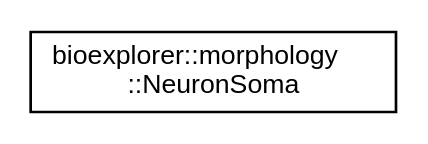
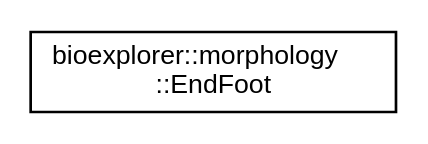
The diagram in docs/inherit_graph_82.dot (BlueBrain/BioExplorer), drawn with Graphviz before and after one commit. The commit also changed 377 other files, not shown here.

```diff
--- a/docs/inherit_graph_82.dot
+++ b/docs/inherit_graph_82.dot
@@ -1,8 +1,8 @@
 digraph "Graphical Class Hierarchy"
 {
  // LATEX_PDF_SIZE
   edge [fontname="Helvetica",fontsize="10",labelfontname="Helvetica",labelfontsize="10"];
   node [fontname="Helvetica",fontsize="10",shape=record];
   rankdir="LR";
-  Node0 [label="bioexplorer::morphology\l::NeuronSoma",height=0.2,width=0.4,color="black", fillcolor="white", style="filled",URL="$d9/d24/structbioexplorer_1_1morphology_1_1NeuronSoma.html",tooltip=" "];
+  Node0 [label="bioexplorer::morphology\l::EndFoot",height=0.2,width=0.4,color="black", fillcolor="white", style="filled",URL="$d6/d46/structbioexplorer_1_1morphology_1_1EndFoot.html",tooltip=" "];
 }
```
